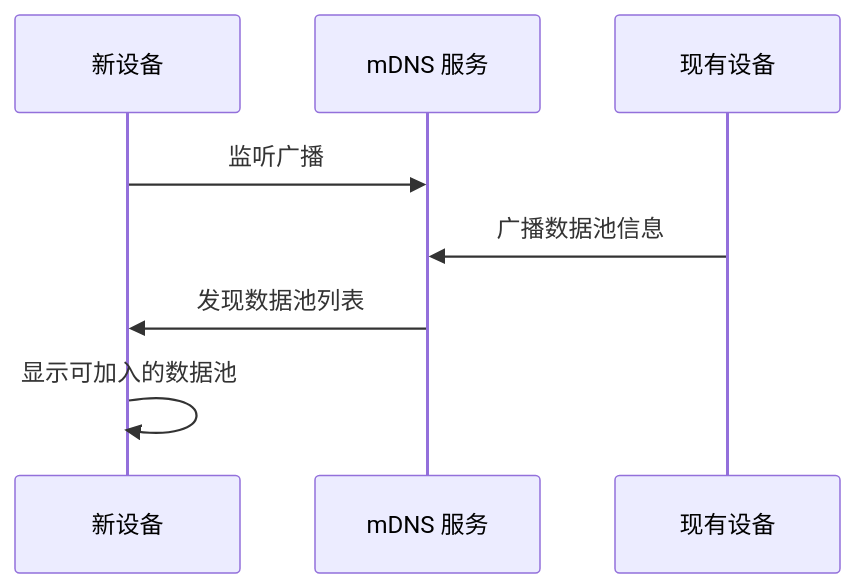
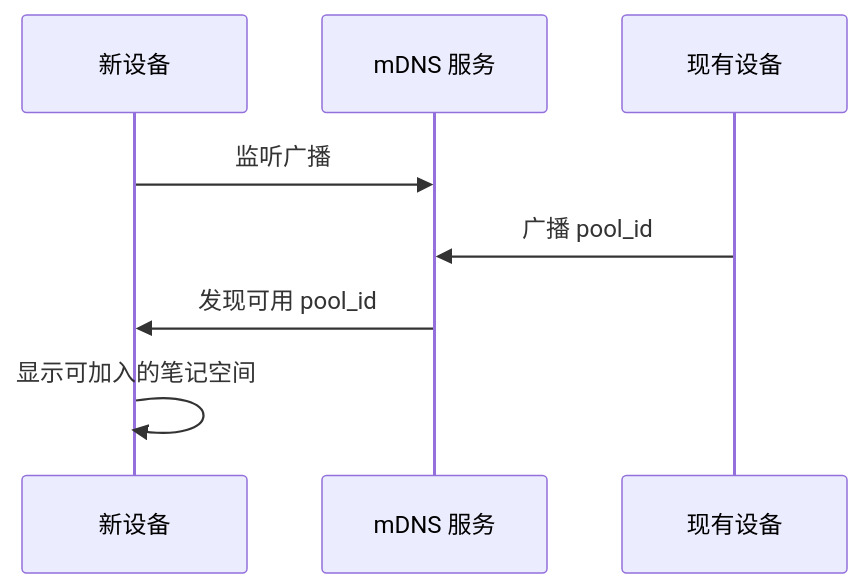
The second of 4 diagrams in docs/architecture/sync_mechanism.md (alexcdever/CardMind), drawn with Mermaid before and after one commit. The commit also changed other lines of this file and 48 other files, not shown here.

````diff
--- a/docs/architecture/sync_mechanism.md
+++ b/docs/architecture/sync_mechanism.md
@@ -104,11 +124,11 @@
 ```mermaid
 sequenceDiagram
     participant NewDevice as 新设备
     participant mDNS as mDNS 服务
     participant ExistingDevice as 现有设备
 
     NewDevice->>mDNS: 监听广播
-    ExistingDevice->>mDNS: 广播数据池信息
-    mDNS->>NewDevice: 发现数据池列表
-    NewDevice->>NewDevice: 显示可加入的数据池
+    ExistingDevice->>mDNS: 广播 pool_id
+    mDNS->>NewDevice: 发现可用 pool_id
+    NewDevice->>NewDevice: 显示可加入的笔记空间
 ```
````
